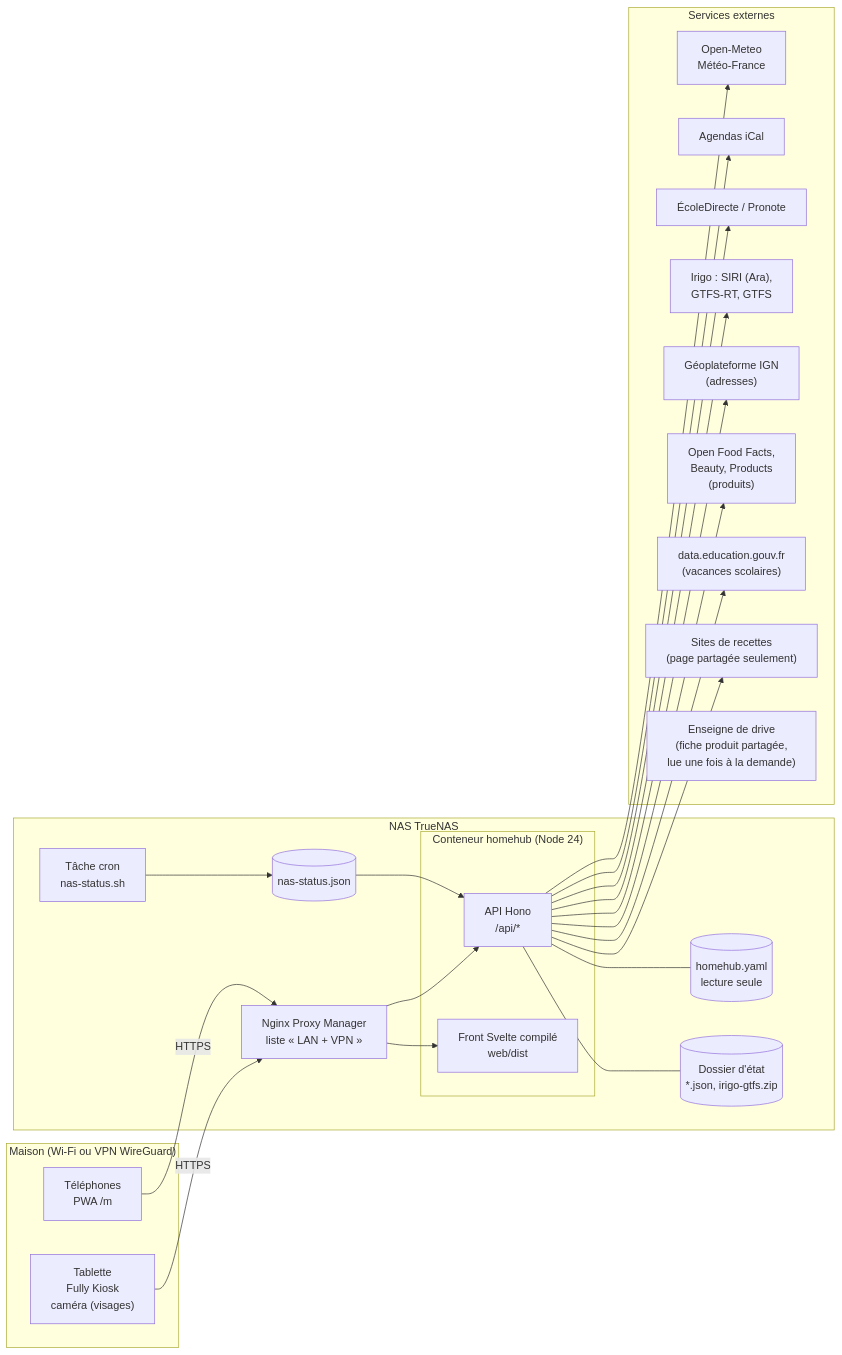
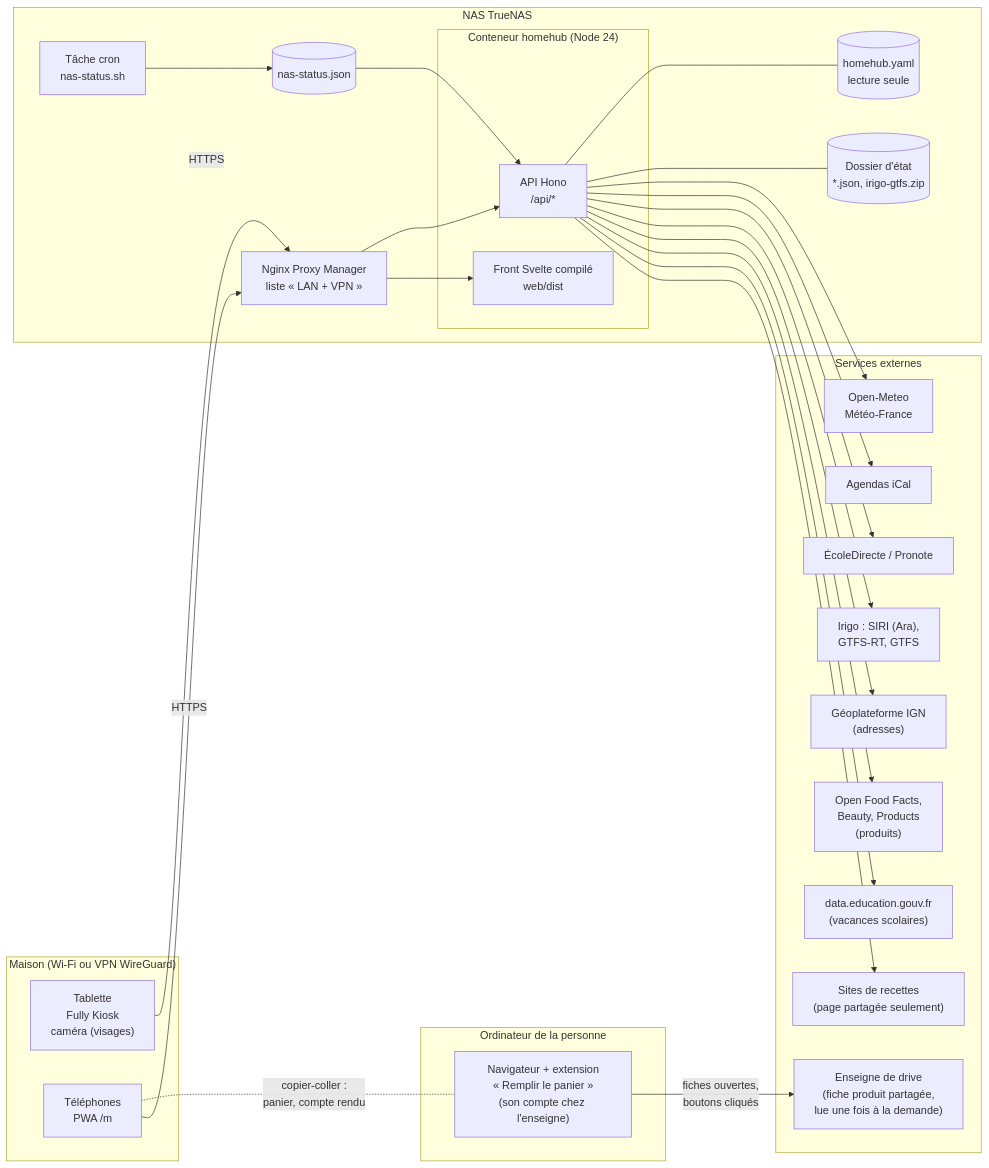
One commit to DeafLight/homehub changed the first of 12 diagrams in docs/architecture.md. Above: the diagram before and after it, drawn with Mermaid. The commit also changed other lines of this file and 43 other files, not shown here.

````diff
--- a/docs/architecture.md
+++ b/docs/architecture.md
@@ -11,37 +11,42 @@
 ```mermaid
 flowchart LR
   subgraph maison["Maison (Wi-Fi ou VPN WireGuard)"]
     tablette["Tablette<br/>Fully Kiosk<br/>caméra (visages)"]
     tel["Téléphones<br/>PWA /m"]
   end
   subgraph nas["NAS TrueNAS"]
     npm["Nginx Proxy Manager<br/>liste « LAN + VPN »"]
     subgraph conteneur["Conteneur homehub (Node 24)"]
       api["API Hono<br/>/api/*"]
       front["Front Svelte compilé<br/>web/dist"]
     end
     yaml[("homehub.yaml<br/>lecture seule")]
     etat[("Dossier d'état<br/>*.json, irigo-gtfs.zip")]
     releve[("nas-status.json")]
     cron["Tâche cron<br/>nas-status.sh"]
   end
   subgraph ext["Services externes"]
     meteo["Open-Meteo<br/>Météo-France"]
     ical["Agendas iCal"]
     ecole["ÉcoleDirecte / Pronote"]
     irigo["Irigo : SIRI (Ara),<br/>GTFS-RT, GTFS"]
     ign["Géoplateforme IGN<br/>(adresses)"]
     off["Open Food Facts,<br/>Beauty, Products<br/>(produits)"]
     edu["data.education.gouv.fr<br/>(vacances scolaires)"]
     cuisine["Sites de recettes<br/>(page partagée seulement)"]
     enseigne["Enseigne de drive<br/>(fiche produit partagée,<br/>lue une fois à la demande)"]
   end
+  subgraph perso["Ordinateur de la personne"]
+    extension["Navigateur + extension<br/>« Remplir le panier »<br/>(son compte chez l'enseigne)"]
+  end
+  extension -- "fiches ouvertes,<br/>boutons cliqués" --> enseigne
+  tel -. "copier-coller :<br/>panier, compte rendu" .- extension
   tablette -- HTTPS --> npm
   tel -- HTTPS --> npm
   npm --> api
   npm --> front
   api --- yaml
   api --- etat
   cron --> releve --> api
   api --> meteo & ical & ecole & irigo & ign & off & edu & cuisine
 ```
````
